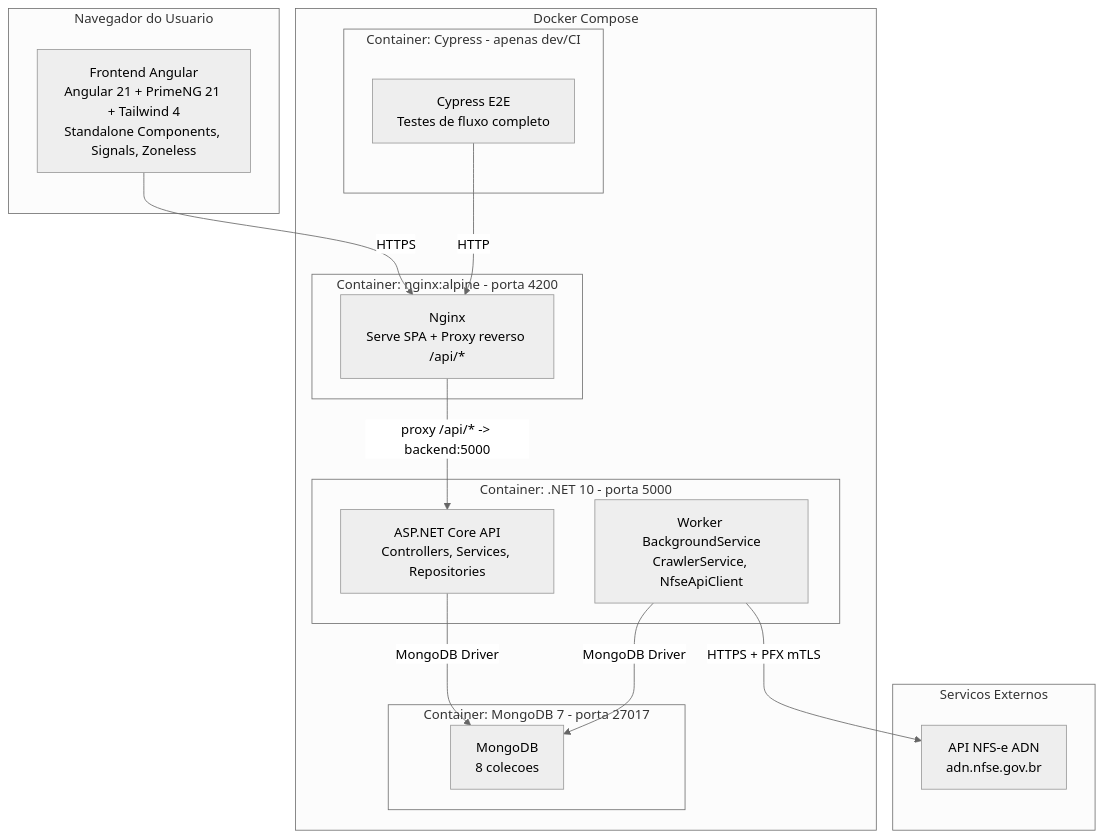
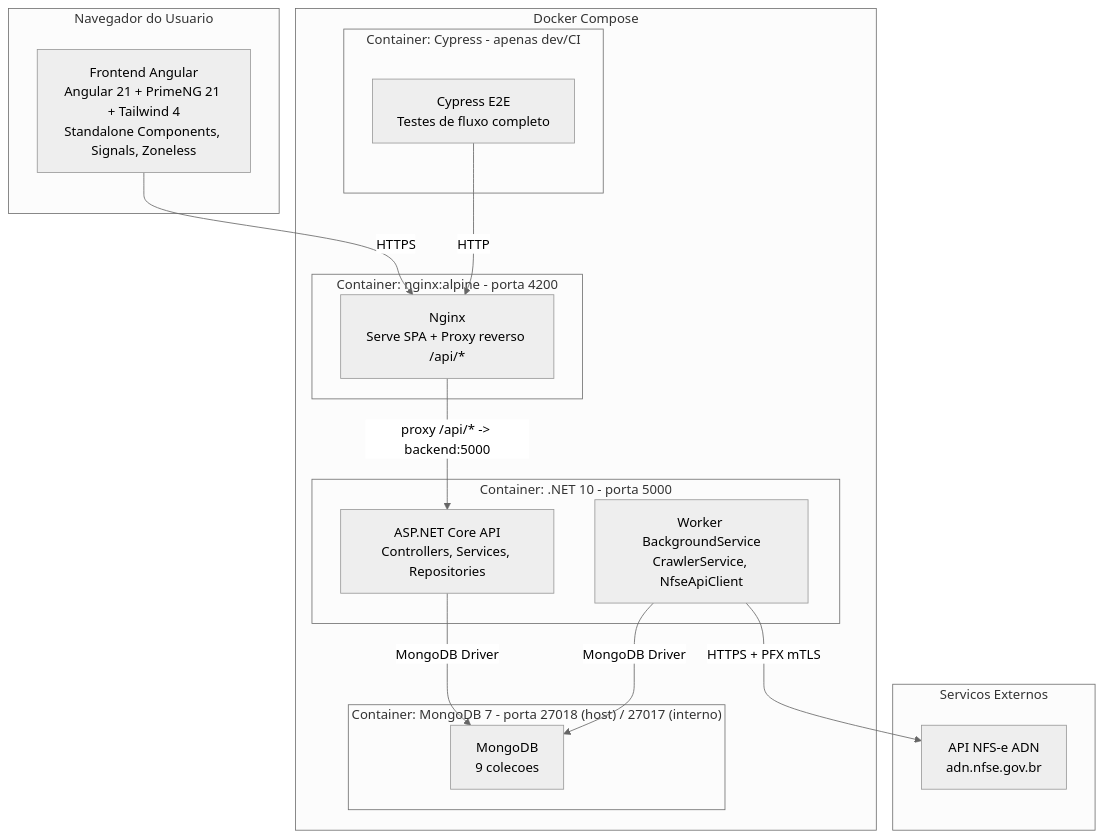
The second of 8 diagrams in docs/technical-doc.md (john182/poc-open-spec), drawn with Mermaid (neutral theme) before and after one commit. The commit also changed other lines of this file and 5 other files, not shown here.

````diff
--- a/docs/technical-doc.md
+++ b/docs/technical-doc.md
@@ -37,36 +37,36 @@
 ```mermaid
 graph TB
     subgraph "Navegador do Usuario"
         FE["Frontend Angular<br/>Angular 21 + PrimeNG 21 + Tailwind 4<br/>Standalone Components, Signals, Zoneless"]
     end
 
     subgraph "Docker Compose"
         subgraph "Container: nginx:alpine - porta 4200"
             NGINX["Nginx<br/>Serve SPA + Proxy reverso /api/*"]
         end
 
         subgraph "Container: .NET 10 - porta 5000"
             API["ASP.NET Core API<br/>Controllers, Services, Repositories"]
             WK["Worker BackgroundService<br/>CrawlerService, NfseApiClient"]
         end
 
-        subgraph "Container: MongoDB 7 - porta 27017"
-            DB["MongoDB<br/>8 colecoes"]
+        subgraph "Container: MongoDB 7 - porta 27018 (host) / 27017 (interno)"
+            DB["MongoDB<br/>9 colecoes"]
         end
 
         subgraph "Container: Cypress - apenas dev/CI"
             CY["Cypress E2E<br/>Testes de fluxo completo"]
         end
     end
 
     subgraph "Servicos Externos"
         NFSE["API NFS-e ADN<br/>adn.nfse.gov.br"]
     end
 
     FE -->|HTTPS| NGINX
     NGINX -->|"proxy /api/* -> backend:5000"| API
     API -->|MongoDB Driver| DB
     WK -->|MongoDB Driver| DB
     WK -->|"HTTPS + PFX mTLS"| NFSE
     CY -->|HTTP| NGINX
 ```
````
